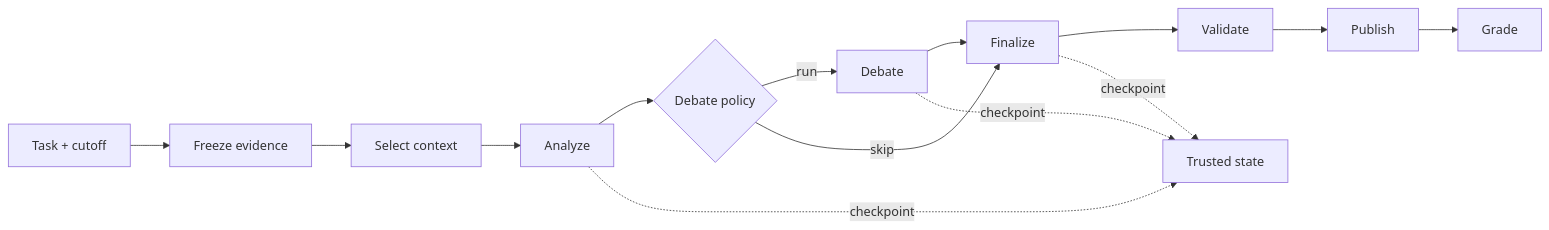
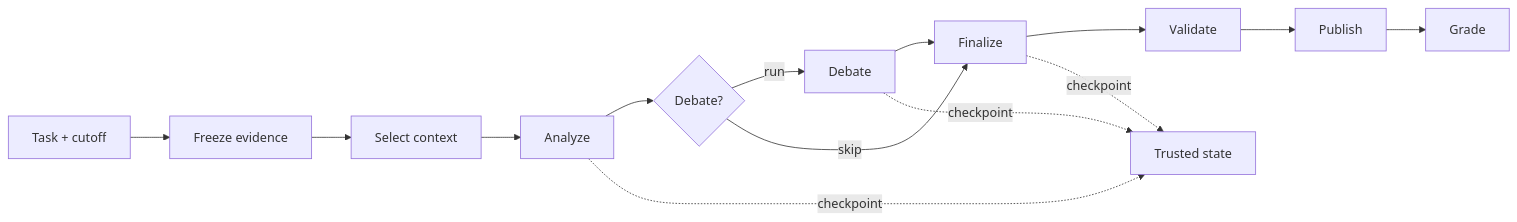
One commit to yyf0202/TraceLane changed the diagram in README.md. Above: the diagram before and after it, drawn with Mermaid. The commit also changed other lines of this file and 1 other file, not shown here.

````diff
--- a/README.md
+++ b/README.md
@@ -136,16 +67,16 @@
 ```mermaid
 flowchart LR
     T["Task + cutoff"] --> E["Freeze evidence"]
     E --> C["Select context"]
     C --> A["Analyze"]
-    A --> D{"Debate policy"}
+    A --> D{"Debate?"}
     D -->|run| B["Debate"]
     D -->|skip| F["Finalize"]
     B --> F
     F --> V["Validate"]
     V --> P["Publish"]
     P --> G["Grade"]
     A -. checkpoint .-> K["Trusted state"]
     B -. checkpoint .-> K
     F -. checkpoint .-> K
 ```
````
